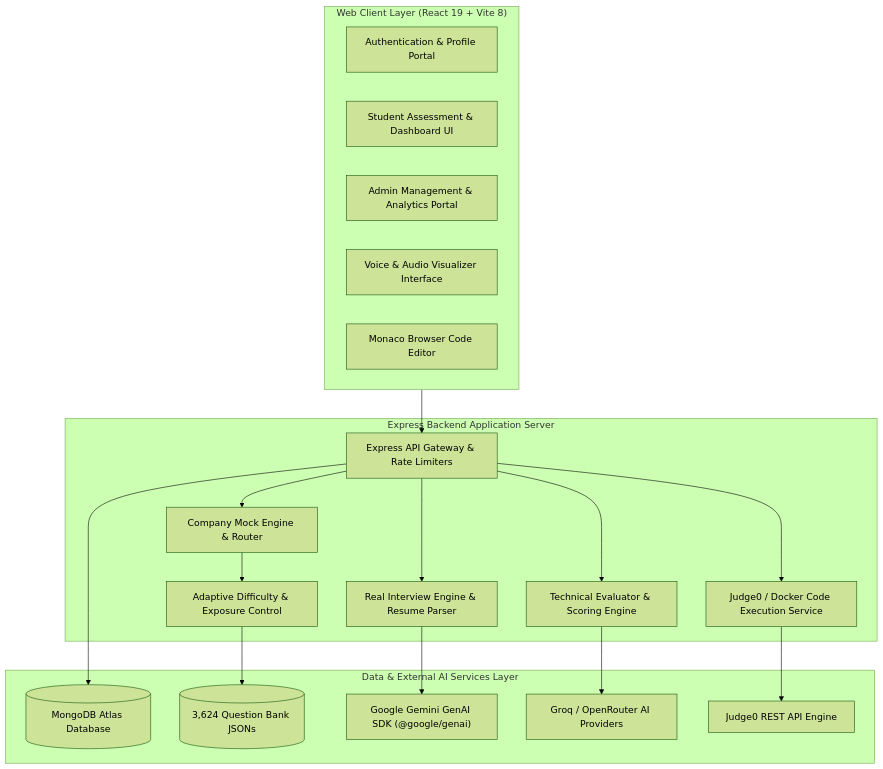
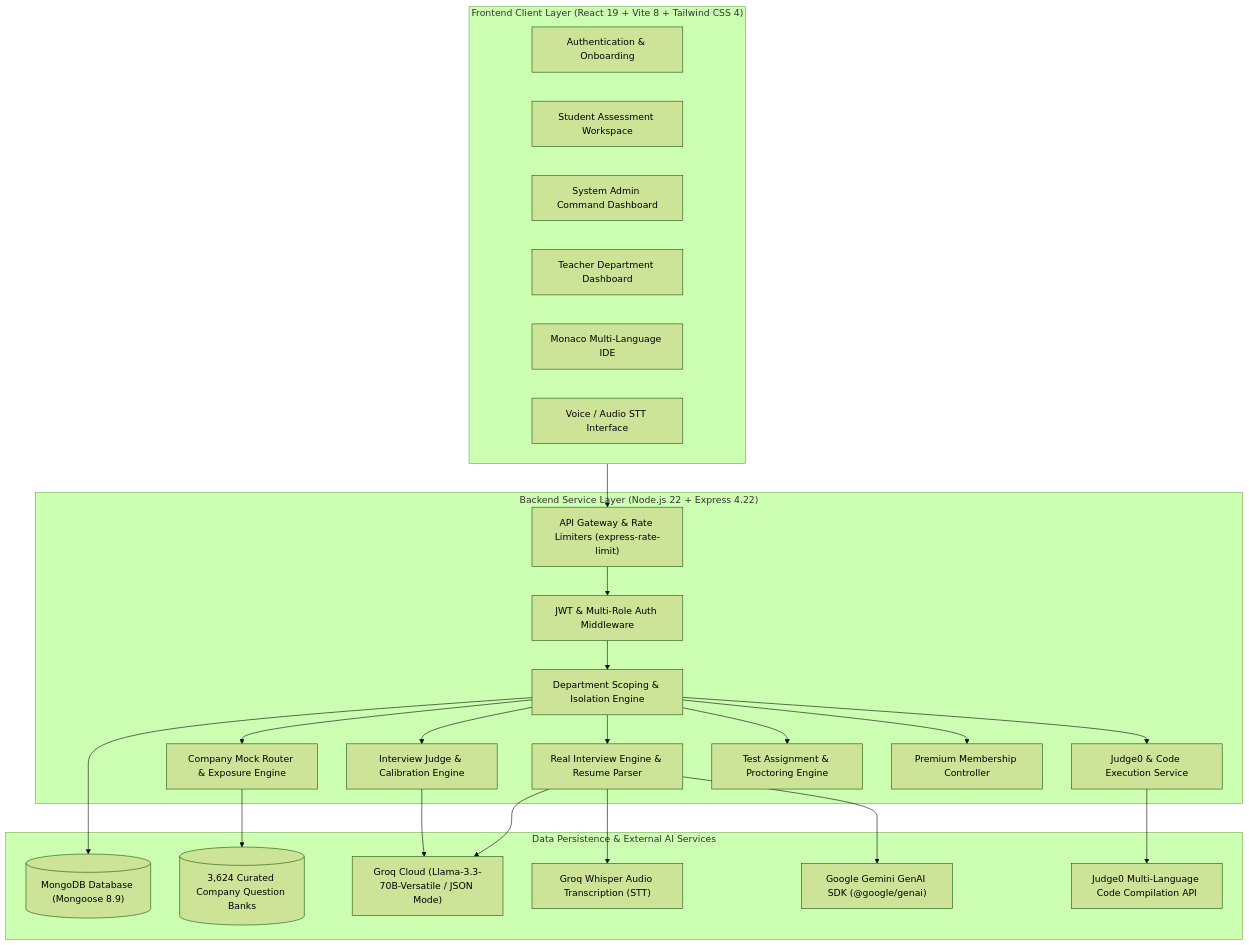
One commit to Tushar-3612/AI-Interview-Platform changed the first of 9 diagrams in README.md. Above: the diagram before and after it, drawn with Mermaid (forest theme). The commit also changed other lines of this file, not shown here.

Commit message:
docs: finalize project architecture and documentation

````diff
--- a/README.md
+++ b/README.md
@@ -81,35 +66,46 @@
 ```mermaid
 flowchart TD
-    subgraph Client["Web Client Layer (React 19 + Vite 8)"]
-        AUTH_UI["Authentication & Profile Portal"]
-        STUDENT_UI["Student Assessment & Dashboard UI"]
-        ADMIN_UI["Admin Management & Analytics Portal"]
-        VOICE_UI["Voice & Audio Visualizer Interface"]
-        MONACO_IDE["Monaco Browser Code Editor"]
+    subgraph Client["Frontend Client Layer (React 19 + Vite 8 + Tailwind CSS 4)"]
+        AUTH_VIEW["Authentication & Onboarding"]
+        STUDENT_PORTAL["Student Assessment Workspace"]
+        SYS_ADMIN_PORTAL["System Admin Command Dashboard"]
+        TEACHER_PORTAL["Teacher Department Dashboard"]
+        MONACO_VIEW["Monaco Multi-Language IDE"]
+        VOICE_VIEW["Voice / Audio STT Interface"]
     end
 
-    subgraph Server["Express Backend Application Server"]
-        API_GW["Express API Gateway & Rate Limiters"]
-        REAL_ENG["Real Interview Engine & Resume Parser"]
-        MOCK_ENG["Company Mock Engine & Router"]
-        EVAL_ENG["Technical Evaluator & Scoring Engine"]
-        ADAPT_ENG["Adaptive Difficulty & Exposure Control"]
-        CODE_ENG["Judge0 / Docker Code Execution Service"]
+    subgraph API["Backend Service Layer (Node.js 22 + Express 4.22)"]
+        GATEWAY["API Gateway & Rate Limiters (express-rate-limit)"]
+        AUTH_MW["JWT & Multi-Role Auth Middleware"]
+        DEPT_GUARD["Department Scoping & Isolation Engine"]
+        
+        REAL_SVC["Real Interview Engine & Resume Parser"]
+        MOCK_SVC["Company Mock Router & Exposure Engine"]
+        JUDGE_SVC["Interview Judge & Calibration Engine"]
+        CODE_SVC["Judge0 & Code Execution Service"]
+        TEST_SVC["Test Assignment & Proctoring Engine"]
+        PREM_SVC["Premium Membership Controller"]
     end
 
-    subgraph DataAI["Data & External AI Services Layer"]
-        MONGO[("MongoDB Atlas Database")]
-        BANKS[("3,624 Question Bank JSONs")]
-        GEMINI["Google Gemini GenAI SDK (@google/genai)"]
-        GROQ["Groq / OpenRouter AI Providers"]
-        JUDGE0["Judge0 REST API Engine"]
+    subgraph DataAI["Data Persistence & External AI Services"]
+        MONGO[("MongoDB Database (Mongoose 8.9)")]
+        JSON_BANKS[("3,624 Curated Company Question Banks")]
+        GROQ_LLM["Groq Cloud (Llama-3.3-70B-Versatile / JSON Mode)"]
+        GROQ_STT["Groq Whisper Audio Transcription (STT)"]
+        GEMINI_LLM["Google Gemini GenAI SDK (@google/genai)"]
+        JUDGE0_API["Judge0 Multi-Language Code Compilation API"]
     end
 
-    Client --> API_GW
-    API_GW --> REAL_ENG & MOCK_ENG & EVAL_ENG & CODE_ENG
-    REAL_ENG --> GEMINI
-    MOCK_ENG --> ADAPT_ENG --> BANKS
-    EVAL_ENG --> GROQ
-    CODE_ENG --> JUDGE0
-    API_GW --> MONGO
+    Client --> GATEWAY
+    GATEWAY --> AUTH_MW
+    AUTH_MW --> DEPT_GUARD
+    
+    DEPT_GUARD --> REAL_SVC & MOCK_SVC & JUDGE_SVC & CODE_SVC & TEST_SVC & PREM_SVC
+    
+    REAL_SVC --> GROQ_LLM & GROQ_STT & GEMINI_LLM
+    MOCK_SVC --> JSON_BANKS
+    JUDGE_SVC --> GROQ_LLM
+    CODE_SVC --> JUDGE0_API
+    
+    DEPT_GUARD --> MONGO
 ```
````
